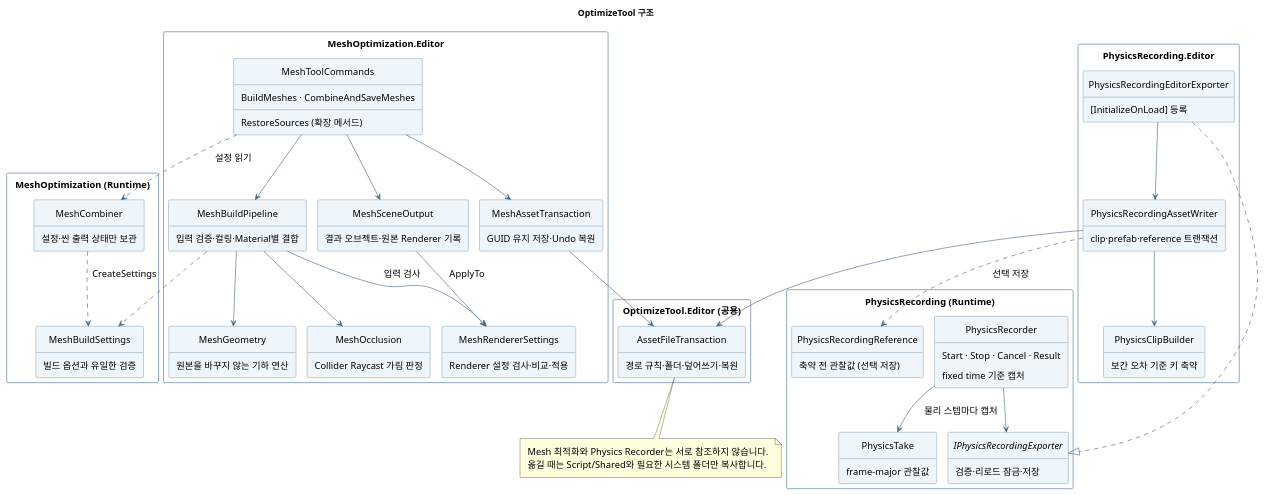
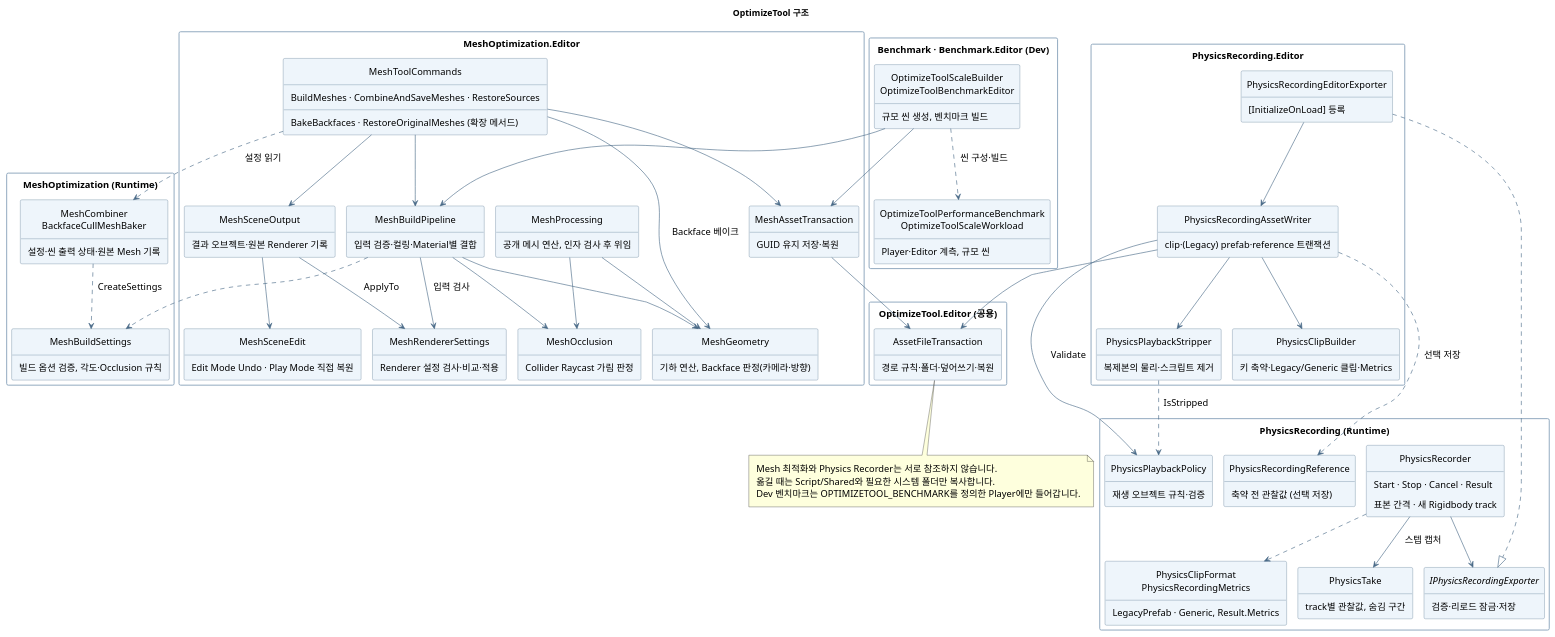
The diagram in ToyProject/Assets/_OptimizeTool/Docs/optimizetool-structure.puml (youwonsock/tool-unity-editor), drawn with PlantUML before and after one commit. The commit also changed 3 other files, not shown here.

First line of the commit message:
OptimizeTool 구조도에 Baker, MeshProcessing, Play Mode 편집, Physics 출력 정보, Dev 벤치마크를 넣음

```diff
--- a/ToyProject/Assets/_OptimizeTool/Docs/optimizetool-structure.puml
+++ b/ToyProject/Assets/_OptimizeTool/Docs/optimizetool-structure.puml
@@ -1,109 +1,146 @@
 @startuml optimizetool-structure
 !pragma layout smetana
 skinparam shadowing false
 skinparam defaultFontName "Apple SD Gothic Neo"
 skinparam defaultFontSize 15
 skinparam ArrowColor #496A88
 skinparam Padding 6
 skinparam classBackgroundColor #EEF5FB
 skinparam classBorderColor #496A88
 skinparam packageBorderColor #8AA4BC
 skinparam packageStyle rectangle
 hide empty members
 hide circle
 set separator none
 title OptimizeTool 구조
 
 package "MeshOptimization (Runtime)" {
-  class "MeshCombiner" as MeshComponents {
-    설정·씬 출력 상태만 보관
+  class "MeshCombiner\nBackfaceCullMeshBaker" as MeshComponents {
+    설정·씬 출력 상태·원본 Mesh 기록
   }
   class MeshBuildSettings {
-    빌드 옵션과 유일한 검증
+    빌드 옵션 검증, 각도·Occlusion 규칙
   }
 }
 
 package "MeshOptimization.Editor" {
   class MeshToolCommands {
-    BuildMeshes · CombineAndSaveMeshes
-    RestoreSources (확장 메서드)
+    BuildMeshes · CombineAndSaveMeshes · RestoreSources
+    BakeBackfaces · RestoreOriginalMeshes (확장 메서드)
+  }
+  class MeshProcessing {
+    공개 메시 연산, 인자 검사 후 위임
   }
   class MeshBuildPipeline {
     입력 검증·컬링·Material별 결합
   }
   class MeshRendererSettings {
     Renderer 설정 검사·비교·적용
   }
   class MeshGeometry {
-    원본을 바꾸지 않는 기하 연산
+    기하 연산, Backface 판정(카메라·방향)
   }
   class MeshOcclusion {
     Collider Raycast 가림 판정
   }
   class MeshSceneOutput {
     결과 오브젝트·원본 Renderer 기록
   }
+  class MeshSceneEdit {
+    Edit Mode Undo · Play Mode 직접 복원
+  }
   class MeshAssetTransaction {
-    GUID 유지 저장·Undo 복원
+    GUID 유지 저장·복원
   }
 }
 
 package "PhysicsRecording (Runtime)" {
   class PhysicsRecorder {
     Start · Stop · Cancel · Result
-    fixed time 기준 캡처
+    표본 간격 · 새 Rigidbody track
   }
   class PhysicsTake {
-    frame-major 관찰값
+    track별 관찰값, 숨김 구간
   }
   interface IPhysicsRecordingExporter {
     검증·리로드 잠금·저장
   }
   class PhysicsRecordingReference {
     축약 전 관찰값 (선택 저장)
+  }
+  class "PhysicsClipFormat\nPhysicsRecordingMetrics" as PhysicsOutputInfo {
+    LegacyPrefab · Generic, Result.Metrics
+  }
+  class PhysicsPlaybackPolicy {
+    재생 오브젝트 규칙·검증
   }
 }
 
 package "PhysicsRecording.Editor" {
   class PhysicsRecordingEditorExporter {
     [InitializeOnLoad] 등록
   }
   class PhysicsRecordingAssetWriter {
-    clip·prefab·reference 트랜잭션
+    clip·(Legacy) prefab·reference 트랜잭션
   }
   class PhysicsClipBuilder {
-    보간 오차 기준 키 축약
+    키 축약·Legacy/Generic 클립·Metrics
+  }
+  class PhysicsPlaybackStripper {
+    복제본의 물리·스크립트 제거
   }
 }
 
 package "OptimizeTool.Editor (공용)" {
   class AssetFileTransaction {
     경로 규칙·폴더·덮어쓰기·복원
   }
 }
 
+package "Benchmark · Benchmark.Editor (Dev)" {
+  class "OptimizeToolPerformanceBenchmark\nOptimizeToolScaleWorkload" as Benchmark {
+    Player·Editor 계측, 규모 씬
+  }
+  class "OptimizeToolScaleBuilder\nOptimizeToolBenchmarkEditor" as BenchmarkEditor {
+    규모 씬 생성, 벤치마크 빌드
+  }
+}
+
 MeshToolCommands ..> MeshComponents : 설정 읽기
 MeshComponents ..> MeshBuildSettings : CreateSettings
 MeshToolCommands --> MeshBuildPipeline
+MeshToolCommands --> MeshGeometry : Backface 베이크
+MeshProcessing --> MeshGeometry
+MeshProcessing --> MeshOcclusion
 MeshBuildPipeline ..> MeshBuildSettings
 MeshBuildPipeline --> MeshGeometry
 MeshBuildPipeline --> MeshOcclusion
 MeshBuildPipeline --> MeshRendererSettings : 입력 검사
 MeshSceneOutput --> MeshRendererSettings : ApplyTo
 MeshToolCommands --> MeshSceneOutput
+MeshSceneOutput --> MeshSceneEdit
 MeshToolCommands --> MeshAssetTransaction
 MeshAssetTransaction --> AssetFileTransaction
 
-PhysicsRecorder --> PhysicsTake : 물리 스텝마다 캡처
+PhysicsRecorder --> PhysicsTake : 스텝 캡처
 PhysicsRecorder --> IPhysicsRecordingExporter
+PhysicsRecorder ..> PhysicsOutputInfo
 PhysicsRecordingEditorExporter ..|> IPhysicsRecordingExporter
 PhysicsRecordingEditorExporter --> PhysicsRecordingAssetWriter
 PhysicsRecordingAssetWriter --> PhysicsClipBuilder
+PhysicsRecordingAssetWriter --> PhysicsPlaybackStripper
+PhysicsRecordingAssetWriter --> PhysicsPlaybackPolicy : Validate
+PhysicsPlaybackStripper ..> PhysicsPlaybackPolicy : IsStripped
 PhysicsRecordingAssetWriter ..> PhysicsRecordingReference : 선택 저장
 PhysicsRecordingAssetWriter --> AssetFileTransaction
+
+BenchmarkEditor --> MeshBuildPipeline
+BenchmarkEditor --> MeshAssetTransaction
+BenchmarkEditor ..> Benchmark : 씬 구성·빌드
 
 note bottom of AssetFileTransaction
 Mesh 최적화와 Physics Recorder는 서로 참조하지 않습니다.
 옮길 때는 Script/Shared와 필요한 시스템 폴더만 복사합니다.
+Dev 벤치마크는 OPTIMIZETOOL_BENCHMARK를 정의한 Player에만 들어갑니다.
 end note
 @enduml
```
